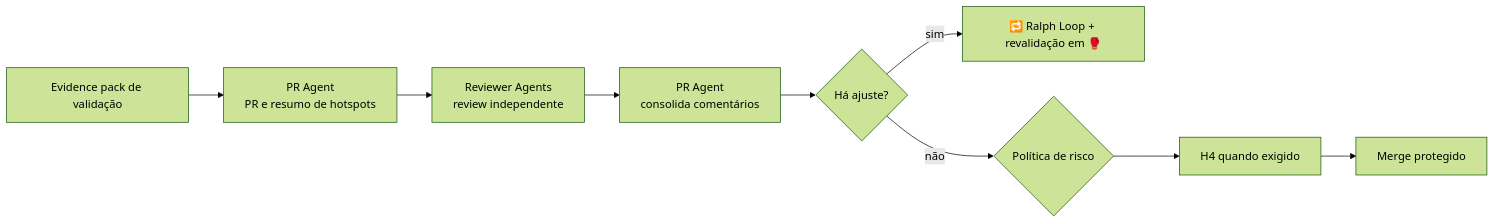
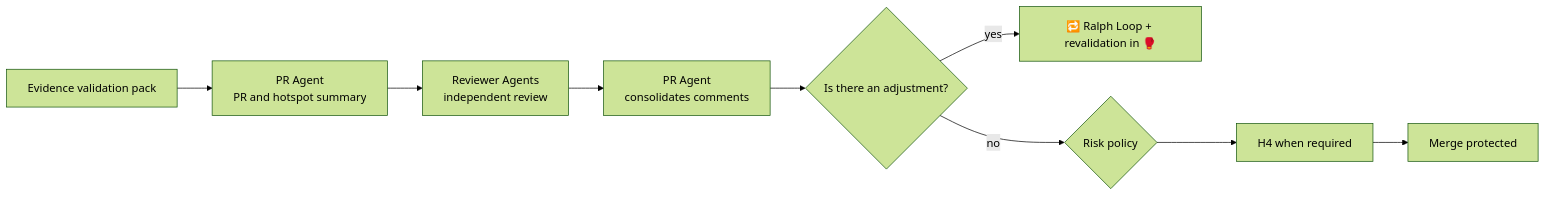
Before and after one commit to diododias/ai-manifest: the diagram in docs/loops/06-pr-and-merge.md, drawn with Mermaid (forest theme). The commit also changed other lines of this file and 294 other files, not shown here.

````diff
--- a/docs/loops/06-pr-and-merge.md
+++ b/docs/loops/06-pr-and-merge.md
@@ -22,11 +22,11 @@
 ```mermaid
 flowchart LR
-    A[Evidence pack de validação] --> B[PR Agent\nPR e resumo de hotspots]
-    B --> C[Reviewer Agents\nreview independente]
-    C --> D[PR Agent\nconsolida comentários]
-    D --> E{Há ajuste?}
-    E -- sim --> F[🔁 Ralph Loop + revalidação em 🥊]
-    E -- não --> G{Política de risco}
-    G --> H[H4 quando exigido]
-    H --> I[Merge protegido]
+    A[Evidence validation pack] --> B[PR Agent\nPR and hotspot summary]
+    B --> C[Reviewer Agents\nindependent review]
+    C --> D[PR Agent\nconsolidates comments]
+    D --> E{Is there an adjustment?}
+    E -- yes --> F[🔁 Ralph Loop + revalidation in 🥊]
+    E -- no --> G{Risk policy}
+    G --> H[H4 when required]
+    H --> I[Merge protected]
 ```
````
